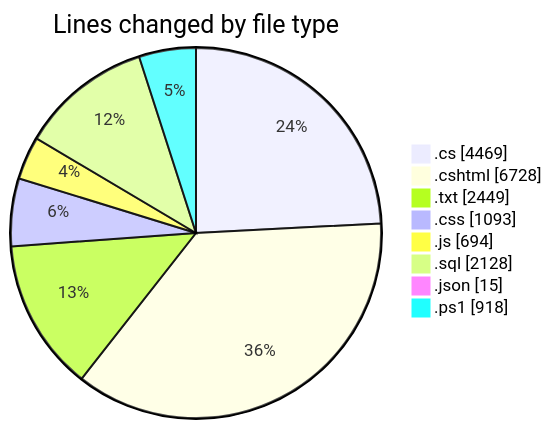
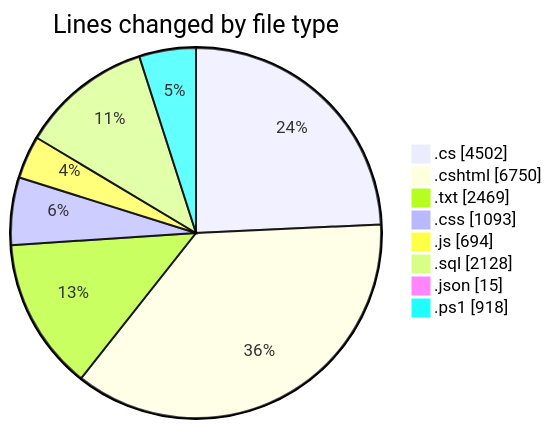
One commit to lephambinh05/code-tracking changed the first of 2 diagrams in 2025-07-28/quanlyrapchieuphim-1/README.md. Above: the diagram before and after it, drawn with Mermaid. The commit also changed other lines of this file and 1 other file, not shown here.

````diff
--- a/2025-07-28/quanlyrapchieuphim-1/README.md
+++ b/2025-07-28/quanlyrapchieuphim-1/README.md
@@ -75,12 +75,12 @@
 ```mermaid
 pie showData
 title Lines changed by file type
-".cs" : 4469
-".cshtml" : 6728
-".txt" : 2449
+".cs" : 4502
+".cshtml" : 6750
+".txt" : 2469
 ".css" : 1093
 ".js" : 694
 ".sql" : 2128
 ".json" : 15
 ".ps1" : 918
 ```
````
